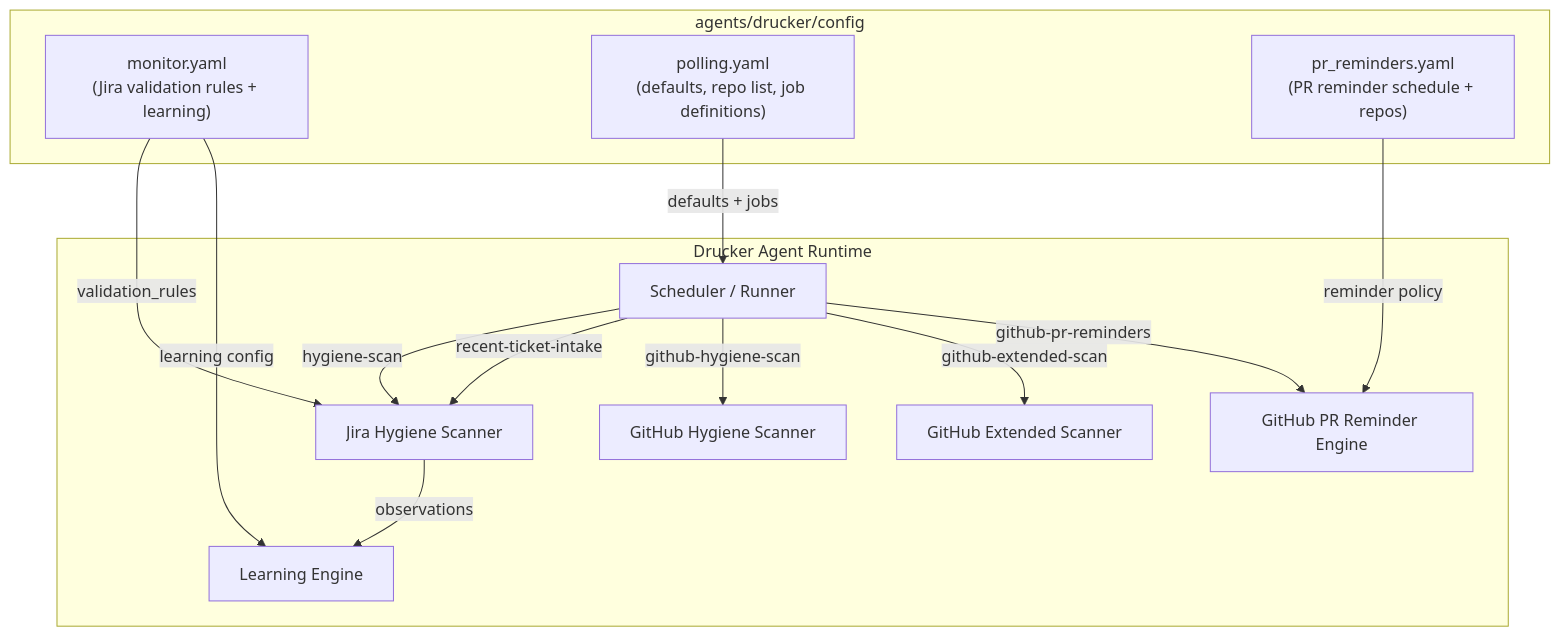
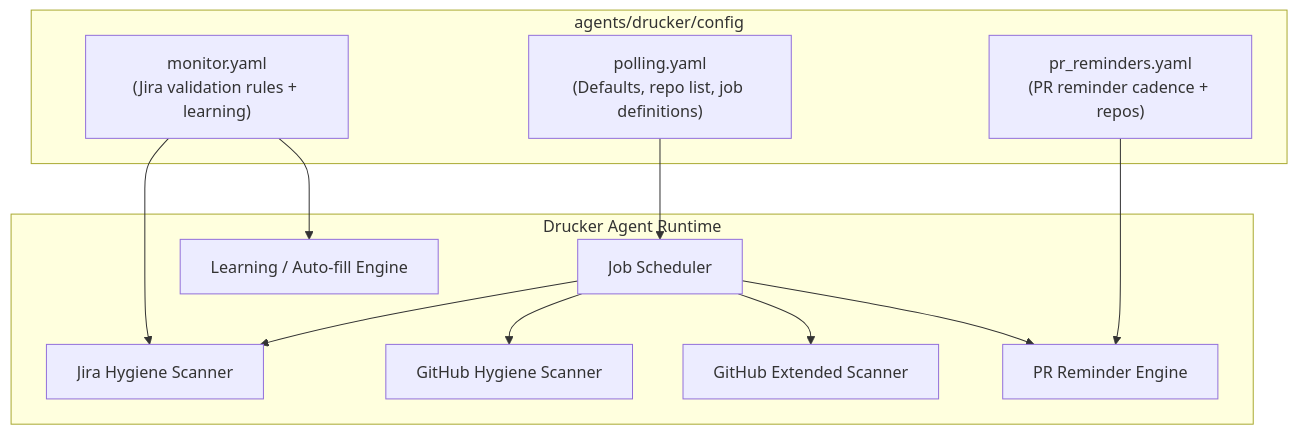
Before and after one commit to jmac-cornelis/agent-workforce: the first of 4 diagrams in docs/agents-drucker-config.md, drawn with Mermaid. The commit also changed other lines of this file and 7 other files, not shown here.

````diff
--- a/docs/agents-drucker-config.md
+++ b/docs/agents-drucker-config.md
@@ -39,30 +40,26 @@
 ```mermaid
 graph TD
     subgraph "agents/drucker/config"
         MONITOR["monitor.yaml<br/>(Jira validation rules + learning)"]
-        POLLING["polling.yaml<br/>(defaults, repo list, job definitions)"]
-        PR_REM["pr_reminders.yaml<br/>(PR reminder schedule + repos)"]
+        POLLING["polling.yaml<br/>(Defaults, repo list, job definitions)"]
+        PR_REM["pr_reminders.yaml<br/>(PR reminder cadence + repos)"]
     end
 
     subgraph "Drucker Agent Runtime"
-        SCHED["Scheduler / Runner"]
+        SCHEDULER["Job Scheduler"]
         JIRA_SCAN["Jira Hygiene Scanner"]
         GH_SCAN["GitHub Hygiene Scanner"]
         GH_EXT["GitHub Extended Scanner"]
-        GH_PR["GitHub PR Reminder Engine"]
-        LEARN["Learning Engine"]
+        PR_REMIND["PR Reminder Engine"]
+        LEARNER["Learning / Auto-fill Engine"]
     end
 
-    POLLING -->|"defaults + jobs"| SCHED
-    MONITOR -->|"validation_rules"| JIRA_SCAN
-    MONITOR -->|"learning config"| LEARN
-    PR_REM -->|"reminder policy"| GH_PR
-
-    SCHED -->|"hygiene-scan"| JIRA_SCAN
-    SCHED -->|"recent-ticket-intake"| JIRA_SCAN
-    SCHED -->|"github-hygiene-scan"| GH_SCAN
-    SCHED -->|"github-extended-scan"| GH_EXT
-    SCHED -->|"github-pr-reminders"| GH_PR
-
-    JIRA_SCAN -->|observations| LEARN
+    POLLING --> SCHEDULER
+    SCHEDULER --> JIRA_SCAN
+    SCHEDULER --> GH_SCAN
+    SCHEDULER --> GH_EXT
+    SCHEDULER --> PR_REMIND
+    MONITOR --> JIRA_SCAN
+    MONITOR --> LEARNER
+    PR_REM --> PR_REMIND
 ```
````
